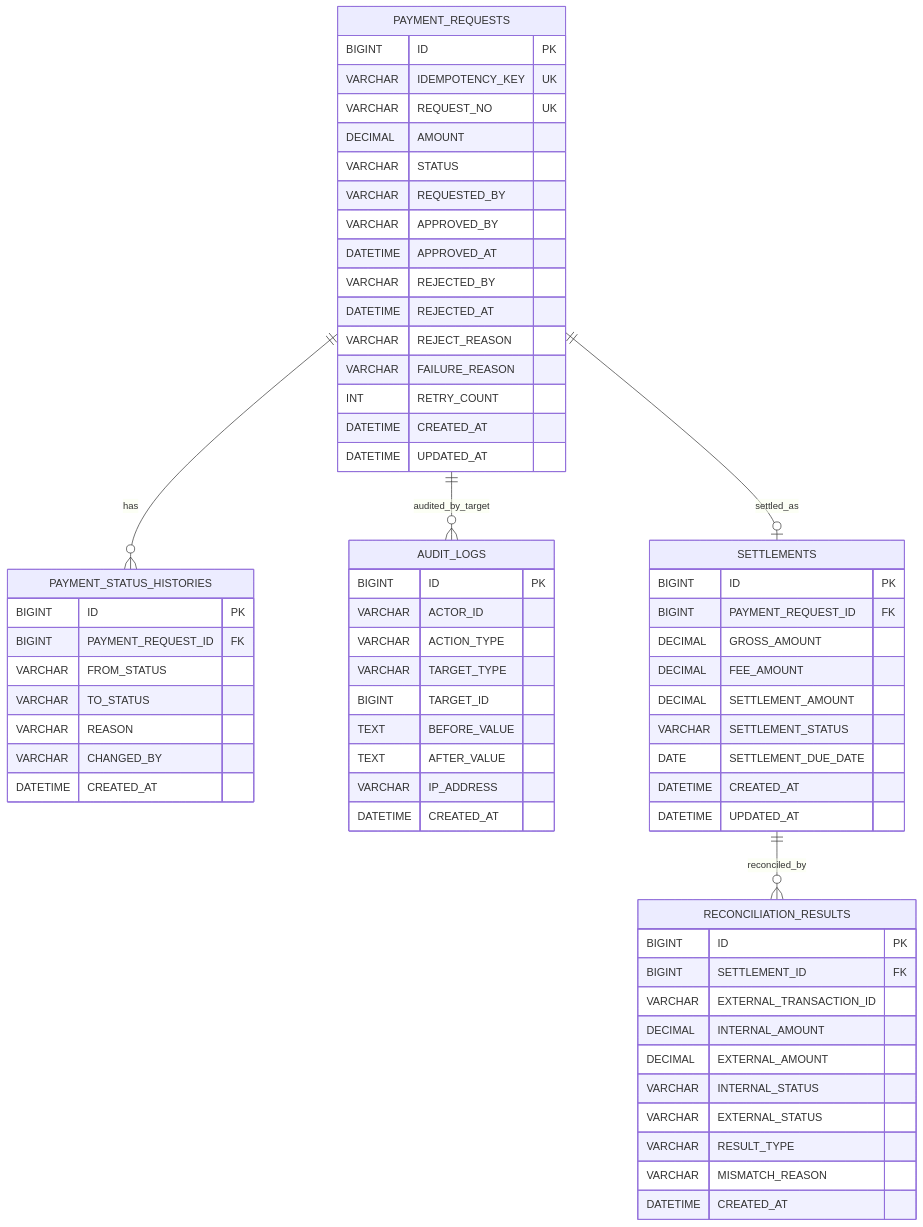
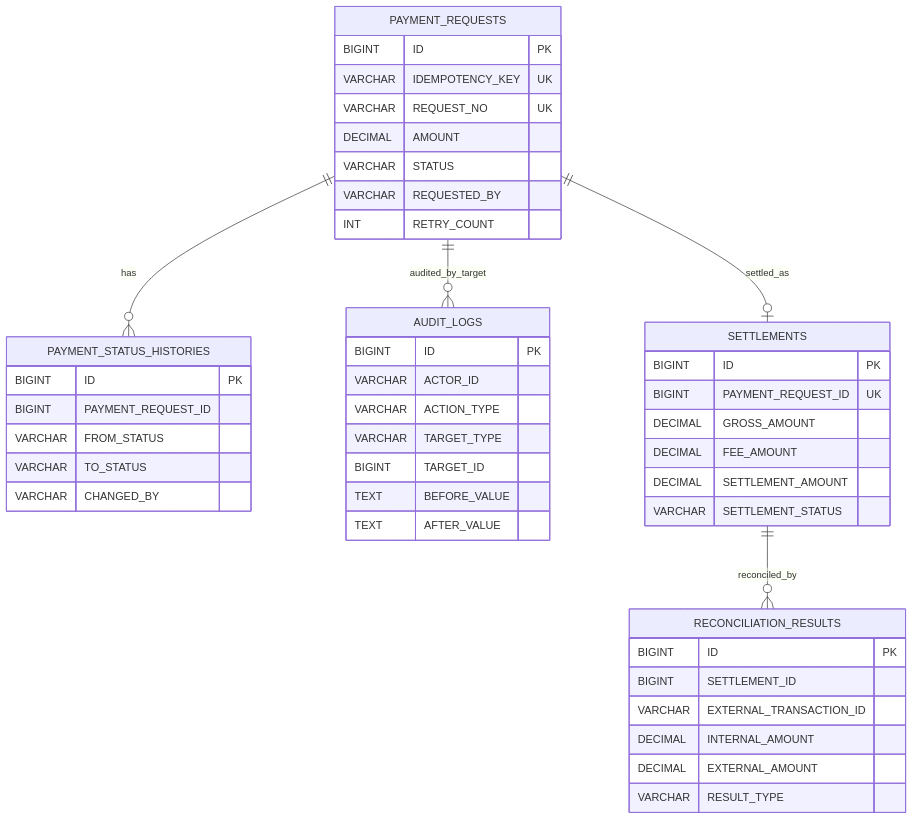
The second of 2 diagrams in README.md (bhmin9211/springboot-k8s-deploy), drawn with Mermaid before and after one commit. The commit also changed other lines of this file and 52 other files, not shown here.

````diff
--- a/README.md
+++ b/README.md
@@ -117,72 +183,53 @@
 ```mermaid
 erDiagram
     PAYMENT_REQUESTS ||--o{ PAYMENT_STATUS_HISTORIES : has
     PAYMENT_REQUESTS ||--o{ AUDIT_LOGS : audited_by_target
     PAYMENT_REQUESTS ||--o| SETTLEMENTS : settled_as
     SETTLEMENTS ||--o{ RECONCILIATION_RESULTS : reconciled_by
 
     PAYMENT_REQUESTS {
         BIGINT ID PK
         VARCHAR IDEMPOTENCY_KEY UK
         VARCHAR REQUEST_NO UK
         DECIMAL AMOUNT
         VARCHAR STATUS
         VARCHAR REQUESTED_BY
-        VARCHAR APPROVED_BY
-        DATETIME APPROVED_AT
-        VARCHAR REJECTED_BY
-        DATETIME REJECTED_AT
-        VARCHAR REJECT_REASON
-        VARCHAR FAILURE_REASON
         INT RETRY_COUNT
-        DATETIME CREATED_AT
-        DATETIME UPDATED_AT
     }
 
     PAYMENT_STATUS_HISTORIES {
         BIGINT ID PK
-        BIGINT PAYMENT_REQUEST_ID FK
+        BIGINT PAYMENT_REQUEST_ID
         VARCHAR FROM_STATUS
         VARCHAR TO_STATUS
-        VARCHAR REASON
         VARCHAR CHANGED_BY
-        DATETIME CREATED_AT
     }
 
     AUDIT_LOGS {
         BIGINT ID PK
         VARCHAR ACTOR_ID
         VARCHAR ACTION_TYPE
         VARCHAR TARGET_TYPE
         BIGINT TARGET_ID
         TEXT BEFORE_VALUE
         TEXT AFTER_VALUE
-        VARCHAR IP_ADDRESS
-        DATETIME CREATED_AT
     }
 
     SETTLEMENTS {
         BIGINT ID PK
-        BIGINT PAYMENT_REQUEST_ID FK
+        BIGINT PAYMENT_REQUEST_ID UK
         DECIMAL GROSS_AMOUNT
         DECIMAL FEE_AMOUNT
         DECIMAL SETTLEMENT_AMOUNT
         VARCHAR SETTLEMENT_STATUS
-        DATE SETTLEMENT_DUE_DATE
-        DATETIME CREATED_AT
-        DATETIME UPDATED_AT
     }
 
     RECONCILIATION_RESULTS {
         BIGINT ID PK
-        BIGINT SETTLEMENT_ID FK
+        BIGINT SETTLEMENT_ID
         VARCHAR EXTERNAL_TRANSACTION_ID
         DECIMAL INTERNAL_AMOUNT
         DECIMAL EXTERNAL_AMOUNT
-        VARCHAR INTERNAL_STATUS
-        VARCHAR EXTERNAL_STATUS
         VARCHAR RESULT_TYPE
-        VARCHAR MISMATCH_REASON
-        DATETIME CREATED_AT
     }
 ```
````
